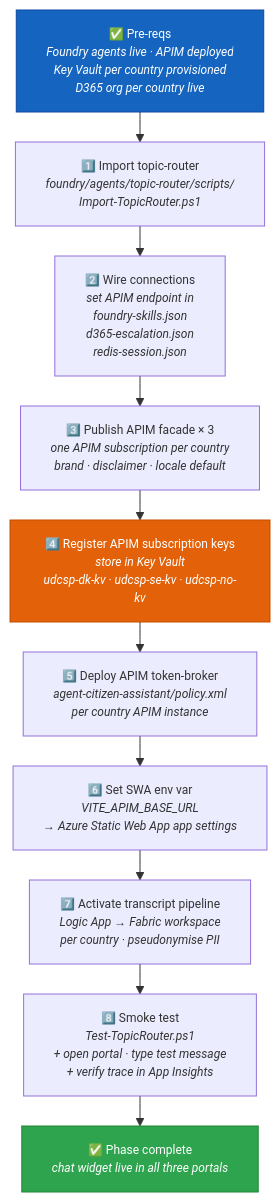
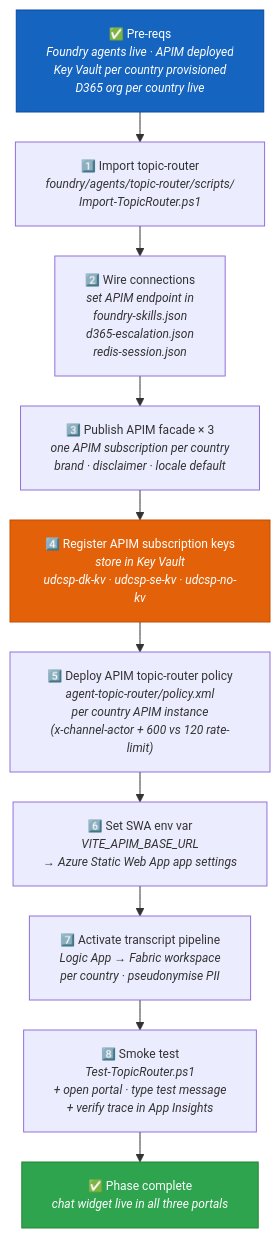
One commit to fredgis/UDCSP changed the fourth of 4 diagrams in docs/biz/chat.md. Above: the diagram before and after it, drawn with Mermaid. The commit also changed other lines of this file and 4 other files, not shown here.

First line of the commit message:
fix(audit): close pre-install blockers (voice template, yaml dep, APIM policy paths)

````diff
--- a/docs/biz/chat.md
+++ b/docs/biz/chat.md
@@ -543,20 +555,20 @@
 ```mermaid
 %%{ init: { 'flowchart': { 'nodeSpacing': 25, 'rankSpacing': 30 }, 'themeVariables': { 'fontSize': '12px' } } }%%
 flowchart TB
     P0["✅ Pre-reqs<br/><i>Foundry agents live · APIM deployed<br/>Key Vault per country provisioned<br/>D365 org per country live</i>"]
     P1["1️⃣ Import topic-router<br/><i>foundry/agents/topic-router/scripts/<br/>Import-TopicRouter.ps1</i>"]
     P2["2️⃣ Wire connections<br/><i>set APIM endpoint in<br/>foundry-skills.json<br/>d365-escalation.json<br/>redis-session.json</i>"]
     P3["3️⃣ Publish APIM facade × 3<br/><i>one APIM subscription per country<br/>brand · disclaimer · locale default</i>"]
     P4["4️⃣ Register APIM subscription keys<br/><i>store in Key Vault<br/>udcsp-dk-kv · udcsp-se-kv · udcsp-no-kv</i>"]
-    P5["5️⃣ Deploy APIM token-broker<br/><i>agent-citizen-assistant/policy.xml<br/>per country APIM instance</i>"]
+    P5["5️⃣ Deploy APIM topic-router policy<br/><i>agent-topic-router/policy.xml<br/>per country APIM instance<br/>(x-channel-actor + 600 vs 120 rate-limit)</i>"]
     P6["6️⃣ Set SWA env var<br/><i>VITE_APIM_BASE_URL<br/>→ Azure Static Web App app settings</i>"]
     P7["7️⃣ Activate transcript pipeline<br/><i>Logic App → Fabric workspace<br/>per country · pseudonymise PII</i>"]
     P8["8️⃣ Smoke test<br/><i>Test-TopicRouter.ps1<br/>+ open portal · type test message<br/>+ verify trace in App Insights</i>"]
     P9["✅ Phase complete<br/><i>chat widget live in all three portals</i>"]
 
     P0 --> P1 --> P2 --> P3 --> P4 --> P5 --> P6 --> P7 --> P8 --> P9
 
     style P0 fill:#1565c0,stroke:#0d47a1,color:#fff
     style P9 fill:#2ea44f,stroke:#238636,color:#fff
     style P4 fill:#e36209,stroke:#c24e00,color:#fff
 ```
````
